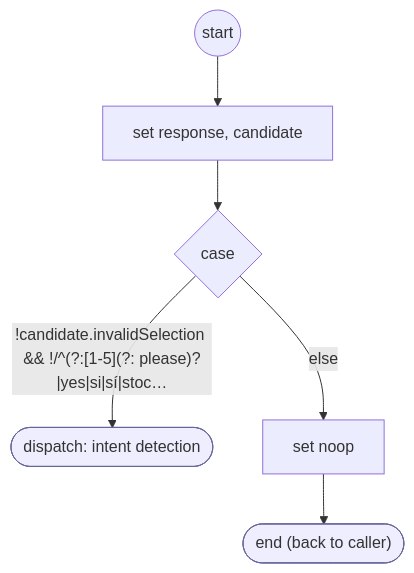
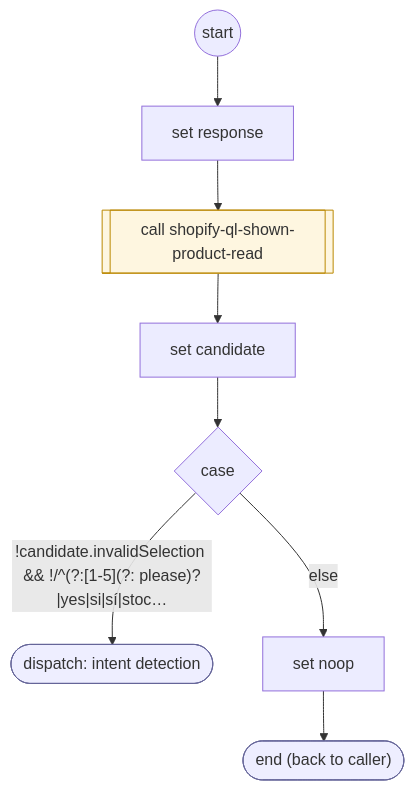
One commit to ronpinkas/jsfe changed the diagram in docs/flows/shopify/shopify-ql-product-dialog-validate.md. Above: the diagram before and after it, drawn with Mermaid. The commit also changed other lines of this file and 11 other files, not shown here.

````diff
--- a/docs/flows/shopify/shopify-ql-product-dialog-validate.md
+++ b/docs/flows/shopify/shopify-ql-product-dialog-validate.md
@@ -17,20 +17,25 @@
 ```mermaid
 flowchart TD
    START(("start"))
-   n0["set response, candidate"]
+   n0["set response"]
    START --> n0
-   c1{"case"}
-   n0 --> c1
-   b2(["dispatch: intent detection"])
-   class b2 endstep
-   c1 -- "!candidate.invalidSelection && !/^(?:[1-5](?: please)?#124;yes#124;si#124;sí#124;stoc…" --> b2
-   n3["set noop"]
-   c1 -- "else" --> n3
+   n1[["call shopify-ql-shown-product-read"]]
+   class n1 flowstep
+   n0 --> n1
+   n2["set candidate"]
+   n1 --> n2
+   c3{"case"}
+   n2 --> c3
+   b4(["dispatch: intent detection"])
+   class b4 endstep
+   c3 -- "!candidate.invalidSelection && !/^(?:[1-5](?: please)?#124;yes#124;si#124;sí#124;stoc…" --> b4
+   n5["set noop"]
+   c3 -- "else" --> n5
    DONE(["end (back to caller)"])
    class DONE endstep
-   n3 --> DONE
+   n5 --> DONE
    classDef endstep fill:#eef,stroke:#669
    classDef toolstep fill:#efe,stroke:#696
    classDef flowstep fill:#fef6e0,stroke:#b80
    classDef inputstep fill:#f3eefc,stroke:#75a
 ```
````
